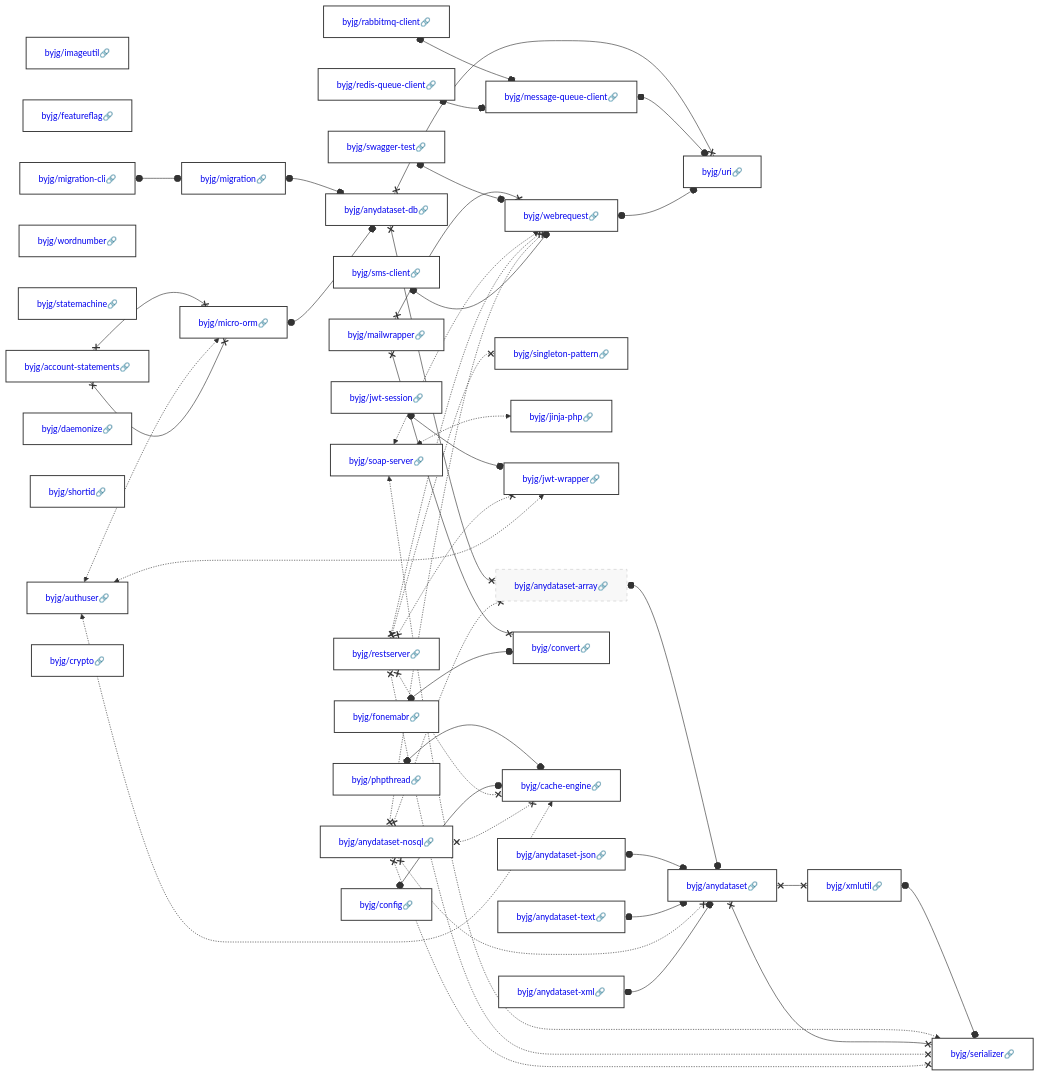
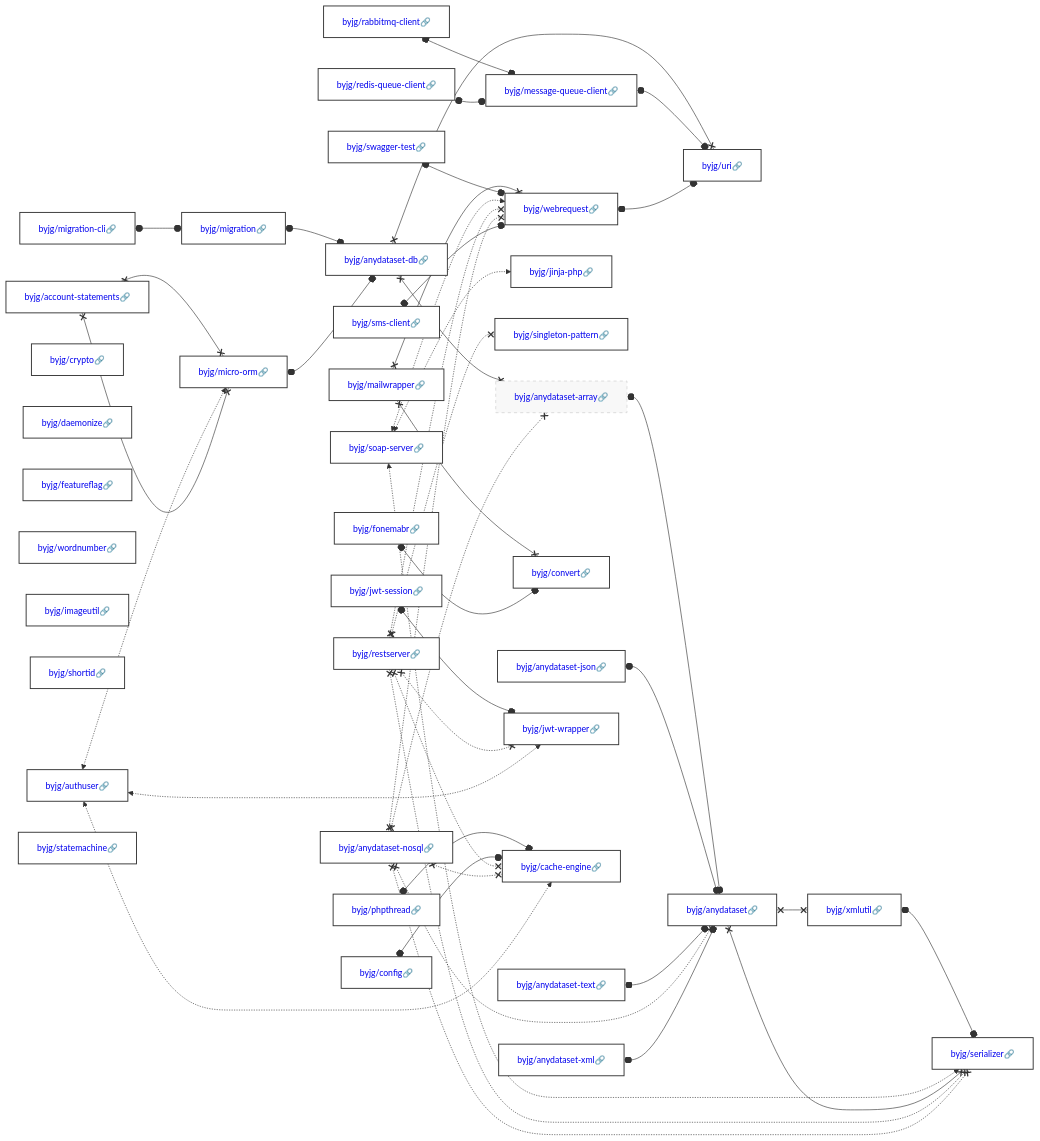
The diagram in docs/php/README.md (byjg/byjg.github.io), drawn with Mermaid before and after one commit. The commit also changed other lines of this file and 7 other files, not shown here.

````diff
--- a/docs/php/README.md
+++ b/docs/php/README.md
@@ -3,39 +3,39 @@
 ```mermaid
 graph LR;
-  byjg/phpthread[<a href='https://opensource.byjg.com/docs/php/phpthread' style='text-decoration:none'>byjg/phpthread🔗</a>];
-  byjg/sms-client[<a href='https://opensource.byjg.com/docs/php/sms-client' style='text-decoration:none'>byjg/sms-client🔗</a>];
-  byjg/anydataset-xml[<a href='https://opensource.byjg.com/docs/php/anydataset-xml' style='text-decoration:none'>byjg/anydataset-xml🔗</a>];
-  byjg/restserver[<a href='https://opensource.byjg.com/docs/php/restserver' style='text-decoration:none'>byjg/restserver🔗</a>];
-  byjg/imageutil[<a href='https://opensource.byjg.com/docs/php/imageutil' style='text-decoration:none'>byjg/imageutil🔗</a>];
-  byjg/anydataset-nosql[<a href='https://opensource.byjg.com/docs/php/anydataset-nosql' style='text-decoration:none'>byjg/anydataset-nosql🔗</a>];
-  byjg/featureflag[<a href='https://opensource.byjg.com/docs/php/featureflag' style='text-decoration:none'>byjg/featureflag🔗</a>];
-  byjg/soap-server[<a href='https://opensource.byjg.com/docs/php/soap-server' style='text-decoration:none'>byjg/soap-server🔗</a>];
-  byjg/rabbitmq-client[<a href='https://opensource.byjg.com/docs/php/rabbitmq-client' style='text-decoration:none'>byjg/rabbitmq-client🔗</a>];
   byjg/account-statements[<a href='https://opensource.byjg.com/docs/php/account-statements' style='text-decoration:none'>byjg/account-statements🔗</a>];
-  byjg/wordnumber[<a href='https://opensource.byjg.com/docs/php/wordnumber' style='text-decoration:none'>byjg/wordnumber🔗</a>];
-  byjg/anydataset-text[<a href='https://opensource.byjg.com/docs/php/anydataset-text' style='text-decoration:none'>byjg/anydataset-text🔗</a>];
-  byjg/statemachine[<a href='https://opensource.byjg.com/docs/php/statemachine' style='text-decoration:none'>byjg/statemachine🔗</a>];
-  byjg/anydataset-json[<a href='https://opensource.byjg.com/docs/php/anydataset-json' style='text-decoration:none'>byjg/anydataset-json🔗</a>];
-  byjg/authuser[<a href='https://opensource.byjg.com/docs/php/authuser' style='text-decoration:none'>byjg/authuser🔗</a>];
-  byjg/jwt-session[<a href='https://opensource.byjg.com/docs/php/jwt-session' style='text-decoration:none'>byjg/jwt-session🔗</a>];
-  byjg/daemonize[<a href='https://opensource.byjg.com/docs/php/daemonize' style='text-decoration:none'>byjg/daemonize🔗</a>];
-  byjg/mailwrapper[<a href='https://opensource.byjg.com/docs/php/mailwrapper' style='text-decoration:none'>byjg/mailwrapper🔗</a>];
-  byjg/redis-queue-client[<a href='https://opensource.byjg.com/docs/php/redis-queue-client' style='text-decoration:none'>byjg/redis-queue-client🔗</a>];
-  byjg/fonemabr[<a href='https://opensource.byjg.com/docs/php/fonemabr' style='text-decoration:none'>byjg/fonemabr🔗</a>];
-  byjg/shortid[<a href='https://opensource.byjg.com/docs/php/shortid' style='text-decoration:none'>byjg/shortid🔗</a>];
-  byjg/config[<a href='https://opensource.byjg.com/docs/php/config' style='text-decoration:none'>byjg/config🔗</a>];
   byjg/swagger-test[<a href='https://opensource.byjg.com/docs/php/swagger-test' style='text-decoration:none'>byjg/swagger-test🔗</a>];
   byjg/migration-cli[<a href='https://opensource.byjg.com/docs/php/migration-cli' style='text-decoration:none'>byjg/migration-cli🔗</a>];
   byjg/crypto[<a href='https://opensource.byjg.com/docs/php/crypto' style='text-decoration:none'>byjg/crypto🔗</a>];
+  byjg/fonemabr[<a href='https://opensource.byjg.com/docs/php/fonemabr' style='text-decoration:none'>byjg/fonemabr🔗</a>];
+  byjg/daemonize[<a href='https://opensource.byjg.com/docs/php/daemonize' style='text-decoration:none'>byjg/daemonize🔗</a>];
+  byjg/anydataset-xml[<a href='https://opensource.byjg.com/docs/php/anydataset-xml' style='text-decoration:none'>byjg/anydataset-xml🔗</a>];
+  byjg/featureflag[<a href='https://opensource.byjg.com/docs/php/featureflag' style='text-decoration:none'>byjg/featureflag🔗</a>];
+  byjg/rabbitmq-client[<a href='https://opensource.byjg.com/docs/php/rabbitmq-client' style='text-decoration:none'>byjg/rabbitmq-client🔗</a>];
+  byjg/wordnumber[<a href='https://opensource.byjg.com/docs/php/wordnumber' style='text-decoration:none'>byjg/wordnumber🔗</a>];
+  byjg/soap-server[<a href='https://opensource.byjg.com/docs/php/soap-server' style='text-decoration:none'>byjg/soap-server🔗</a>];
+  byjg/imageutil[<a href='https://opensource.byjg.com/docs/php/imageutil' style='text-decoration:none'>byjg/imageutil🔗</a>];
+  byjg/anydataset-text[<a href='https://opensource.byjg.com/docs/php/anydataset-text' style='text-decoration:none'>byjg/anydataset-text🔗</a>];
+  byjg/shortid[<a href='https://opensource.byjg.com/docs/php/shortid' style='text-decoration:none'>byjg/shortid🔗</a>];
+  byjg/anydataset-nosql[<a href='https://opensource.byjg.com/docs/php/anydataset-nosql' style='text-decoration:none'>byjg/anydataset-nosql🔗</a>];
+  byjg/restserver[<a href='https://opensource.byjg.com/docs/php/restserver' style='text-decoration:none'>byjg/restserver🔗</a>];
+  byjg/sms-client[<a href='https://opensource.byjg.com/docs/php/sms-client' style='text-decoration:none'>byjg/sms-client🔗</a>];
+  byjg/jwt-session[<a href='https://opensource.byjg.com/docs/php/jwt-session' style='text-decoration:none'>byjg/jwt-session🔗</a>];
+  byjg/redis-queue-client[<a href='https://opensource.byjg.com/docs/php/redis-queue-client' style='text-decoration:none'>byjg/redis-queue-client🔗</a>];
+  byjg/anydataset-json[<a href='https://opensource.byjg.com/docs/php/anydataset-json' style='text-decoration:none'>byjg/anydataset-json🔗</a>];
+  byjg/mailwrapper[<a href='https://opensource.byjg.com/docs/php/mailwrapper' style='text-decoration:none'>byjg/mailwrapper🔗</a>];
+  byjg/authuser[<a href='https://opensource.byjg.com/docs/php/authuser' style='text-decoration:none'>byjg/authuser🔗</a>];
+  byjg/phpthread[<a href='https://opensource.byjg.com/docs/php/phpthread' style='text-decoration:none'>byjg/phpthread🔗</a>];
+  byjg/config[<a href='https://opensource.byjg.com/docs/php/config' style='text-decoration:none'>byjg/config🔗</a>];
+  byjg/statemachine[<a href='https://opensource.byjg.com/docs/php/statemachine' style='text-decoration:none'>byjg/statemachine🔗</a>];
+  byjg/migration[<a href='https://opensource.byjg.com/docs/php/migration' style='text-decoration:none'>byjg/migration🔗</a>];
+  byjg/jinja-php[<a href='https://opensource.byjg.com/docs/php/jinja-php' style='text-decoration:none'>byjg/jinja-php🔗</a>];
   byjg/singleton-pattern[<a href='https://opensource.byjg.com/docs/php/singleton-pattern' style='text-decoration:none'>byjg/singleton-pattern🔗</a>];
-  byjg/jinja-php[<a href='https://opensource.byjg.com/docs/php/jinja-php' style='text-decoration:none'>byjg/jinja-php🔗</a>];
+  byjg/message-queue-client[<a href='https://opensource.byjg.com/docs/php/message-queue-client' style='text-decoration:none'>byjg/message-queue-client🔗</a>];
+  byjg/convert[<a href='https://opensource.byjg.com/docs/php/convert' style='text-decoration:none'>byjg/convert🔗</a>];
+  byjg/webrequest[<a href='https://opensource.byjg.com/docs/php/webrequest' style='text-decoration:none'>byjg/webrequest🔗</a>];
   byjg/micro-orm[<a href='https://opensource.byjg.com/docs/php/micro-orm' style='text-decoration:none'>byjg/micro-orm🔗</a>];
   byjg/jwt-wrapper[<a href='https://opensource.byjg.com/docs/php/jwt-wrapper' style='text-decoration:none'>byjg/jwt-wrapper🔗</a>];
-  byjg/message-queue-client[<a href='https://opensource.byjg.com/docs/php/message-queue-client' style='text-decoration:none'>byjg/message-queue-client🔗</a>];
-  byjg/convert[<a href='https://opensource.byjg.com/docs/php/convert' style='text-decoration:none'>byjg/convert🔗</a>];
   byjg/cache-engine[<a href='https://opensource.byjg.com/docs/php/cache-engine' style='text-decoration:none'>byjg/cache-engine🔗</a>];
-  byjg/webrequest[<a href='https://opensource.byjg.com/docs/php/webrequest' style='text-decoration:none'>byjg/webrequest🔗</a>];
-  byjg/migration[<a href='https://opensource.byjg.com/docs/php/migration' style='text-decoration:none'>byjg/migration🔗</a>];
   byjg/anydataset-db[<a href='https://opensource.byjg.com/docs/php/anydataset-db' style='text-decoration:none'>byjg/anydataset-db🔗</a>];
   byjg/anydataset-array[<a href='https://opensource.byjg.com/docs/php/anydataset-array' style='text-decoration:none'>byjg/anydataset-array🔗</a>];
   byjg/uri[<a href='https://opensource.byjg.com/docs/php/uri' style='text-decoration:none'>byjg/uri🔗</a>];
````
